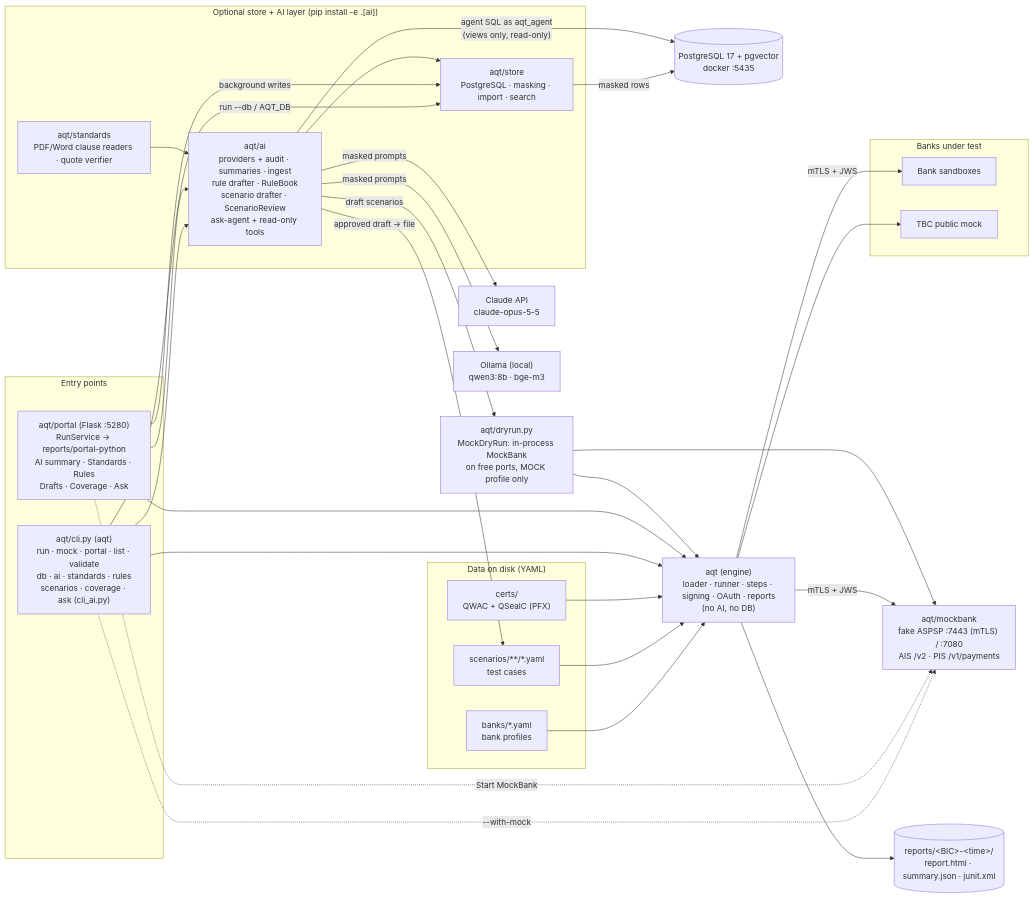
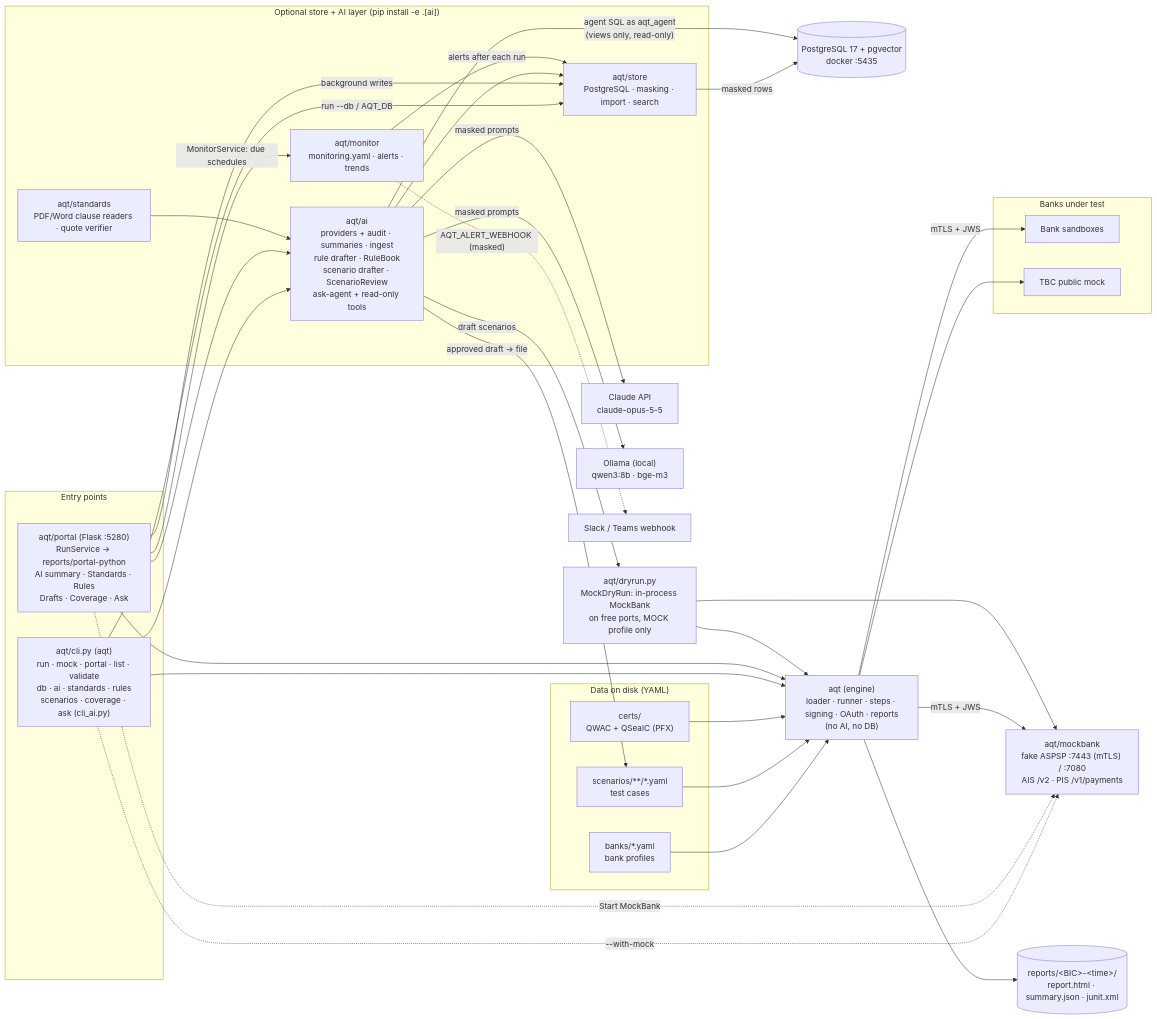
Before and after one commit to levan-petrosiani/Aurasoft-Monitoring: the first of 10 diagrams in ARCHITECTURE.md, drawn with Mermaid. The commit also changed other lines of this file and 25 other files, not shown here.

First line of the commit message:
Phase 6: monitoring (schedules, alerts, trends, retention)

````diff
--- a/ARCHITECTURE.md
+++ b/ARCHITECTURE.md
@@ -13,59 +13,63 @@
 ```mermaid
 flowchart LR
     subgraph Inputs["Data on disk (YAML)"]
         Banks["banks/*.yaml<br/>bank profiles"]
         Scen["scenarios/**/*.yaml<br/>test cases"]
         Certs["certs/<br/>QWAC + QSealC (PFX)"]
     end
 
     subgraph Hosts["Entry points"]
         Cli["aqt/cli.py (aqt)<br/>run · mock · portal · list · validate<br/>db · ai · standards · rules<br/>scenarios · coverage · ask (cli_ai.py)"]
         Portal["aqt/portal (Flask :5280)<br/>RunService → reports/portal-python<br/>AI summary · Standards · Rules<br/>Drafts · Coverage · Ask"]
     end
 
     subgraph AiLayer["Optional store + AI layer (pip install -e .[ai])"]
         Store["aqt/store<br/>PostgreSQL · masking · import · search"]
         Std["aqt/standards<br/>PDF/Word clause readers · quote verifier"]
+        Mon["aqt/monitor<br/>monitoring.yaml · alerts · trends"]
         AI["aqt/ai<br/>providers + audit · summaries · ingest<br/>rule drafter · RuleBook<br/>scenario drafter · ScenarioReview<br/>ask-agent + read-only tools"]
     end
     PG[("PostgreSQL 17 + pgvector<br/>docker :5435")]
     Claude["Claude API<br/>claude-opus-5-5"]
     Ollama["Ollama (local)<br/>qwen3:8b · bge-m3"]
 
     Engine["aqt (engine)<br/>loader · runner · steps · signing · OAuth · reports<br/>(no AI, no DB)"]
     Mock["aqt/mockbank<br/>fake ASPSP :7443 (mTLS) / :7080<br/>AIS /v2 · PIS /v1/payments"]
     Dry["aqt/dryrun.py<br/>MockDryRun: in-process MockBank<br/>on free ports, MOCK profile only"]
     Reports[("reports/&lt;BIC&gt;-&lt;time&gt;/<br/>report.html · summary.json · junit.xml")]
 
     subgraph Targets["Banks under test"]
         Real["Bank sandboxes"]
         TbcMock["TBC public mock"]
     end
 
     Banks --> Engine
     Scen --> Engine
     Certs --> Engine
     Cli --> Engine
     Portal --> Engine
     Cli -. "--with-mock" .-> Mock
     Portal -. "Start MockBank" .-> Mock
     Engine -- "mTLS + JWS" --> Mock
     Engine -- "mTLS + JWS" --> Real
     Engine --> TbcMock
     Engine --> Reports
 
     Cli -- "run --db / AQT_DB" --> Store
     Portal -- "background writes" --> Store
     Cli --> AI
     Portal --> AI
     Std --> AI
     AI -- "draft scenarios" --> Dry
     Dry --> Engine
     Dry --> Mock
     AI -- "approved draft → file" --> Scen
     AI --> Store
     Store -- "masked rows" --> PG
+    Portal -- "MonitorService: due schedules" --> Mon
+    Mon -- "alerts after each run" --> Store
+    Mon -. "AQT_ALERT_WEBHOOK (masked)" .-> Hook["Slack / Teams webhook"]
     AI -- "agent SQL as aqt_agent<br/>(views only, read-only)" --> PG
     AI -- "masked prompts" --> Claude
     AI -- "masked prompts" --> Ollama
 ```
````
